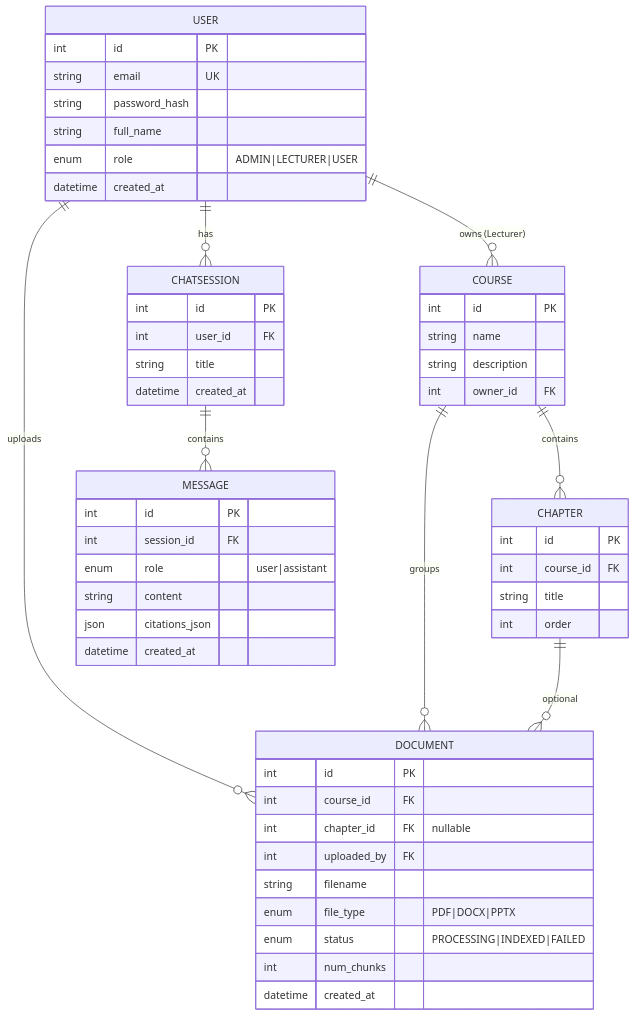
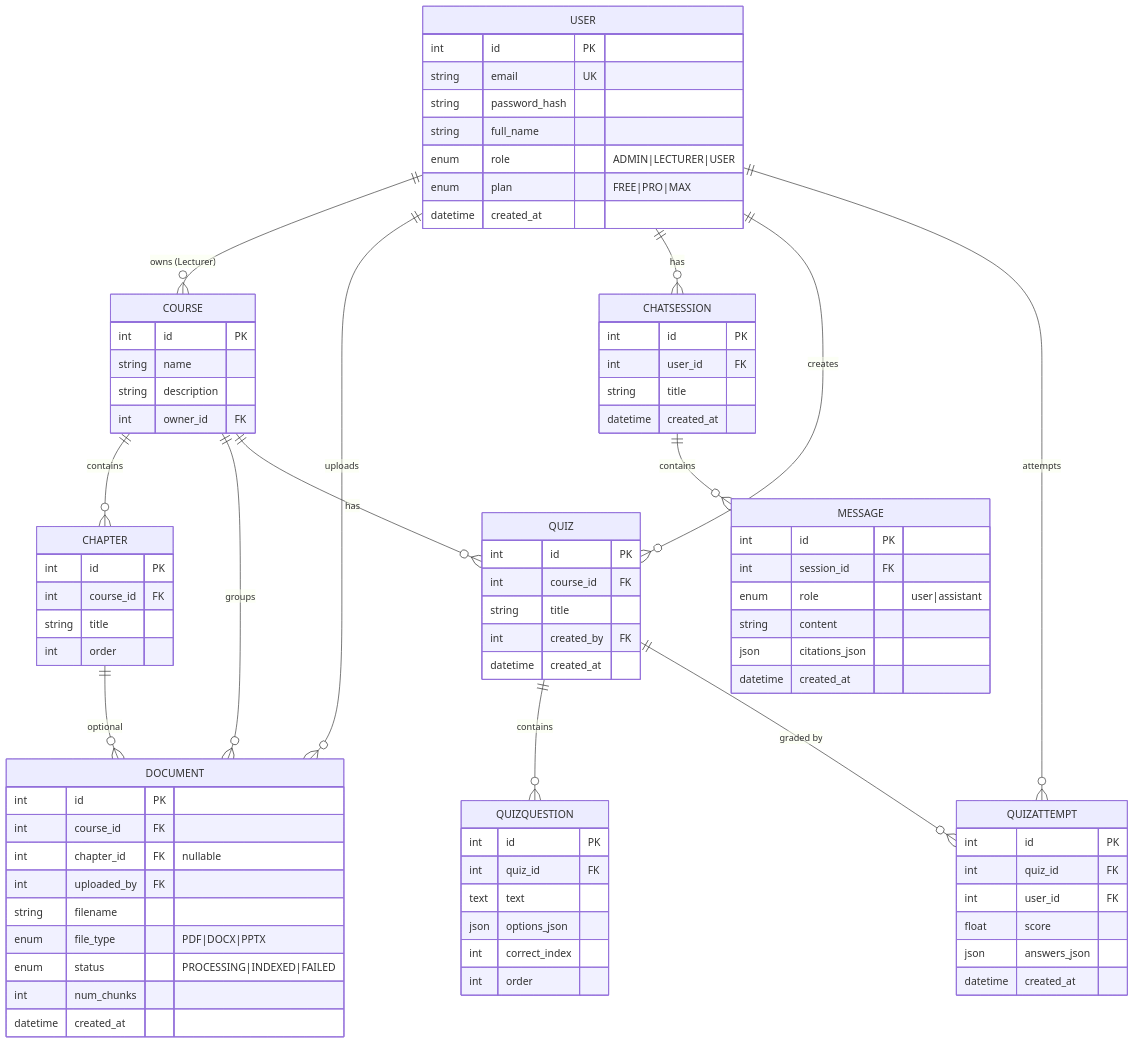
One commit to Scobydoo1/swd changed the tenth of 13 diagrams in docs/DESIGN.md. Above: the diagram before and after it, drawn with Mermaid. The commit also changed other lines of this file and 58 other files, not shown here.

````diff
--- a/docs/DESIGN.md
+++ b/docs/DESIGN.md
@@ -403,10 +439,15 @@
     USER ||--o{ COURSE : "owns (Lecturer)"
     USER ||--o{ DOCUMENT : uploads
     USER ||--o{ CHATSESSION : has
+    USER ||--o{ QUIZ : creates
+    USER ||--o{ QUIZATTEMPT : attempts
     COURSE ||--o{ CHAPTER : contains
     COURSE ||--o{ DOCUMENT : groups
+    COURSE ||--o{ QUIZ : has
     CHAPTER ||--o{ DOCUMENT : "optional"
     CHATSESSION ||--o{ MESSAGE : contains
+    QUIZ ||--o{ QUIZQUESTION : contains
+    QUIZ ||--o{ QUIZATTEMPT : "graded by"
 
     USER {
         int id PK
@@ -414,6 +455,7 @@
         string password_hash
         string full_name
         enum role "ADMIN|LECTURER|USER"
+        enum plan "FREE|PRO|MAX"
         datetime created_at
     }
     COURSE {
@@ -453,4 +495,27 @@
         json citations_json
         datetime created_at
     }
+    QUIZ {
+        int id PK
+        int course_id FK
+        string title
+        int created_by FK
+        datetime created_at
+    }
+    QUIZQUESTION {
+        int id PK
+        int quiz_id FK
+        text text
+        json options_json
+        int correct_index
+        int order
+    }
+    QUIZATTEMPT {
+        int id PK
+        int quiz_id FK
+        int user_id FK
+        float score
+        json answers_json
+        datetime created_at
+    }
 ```
````
